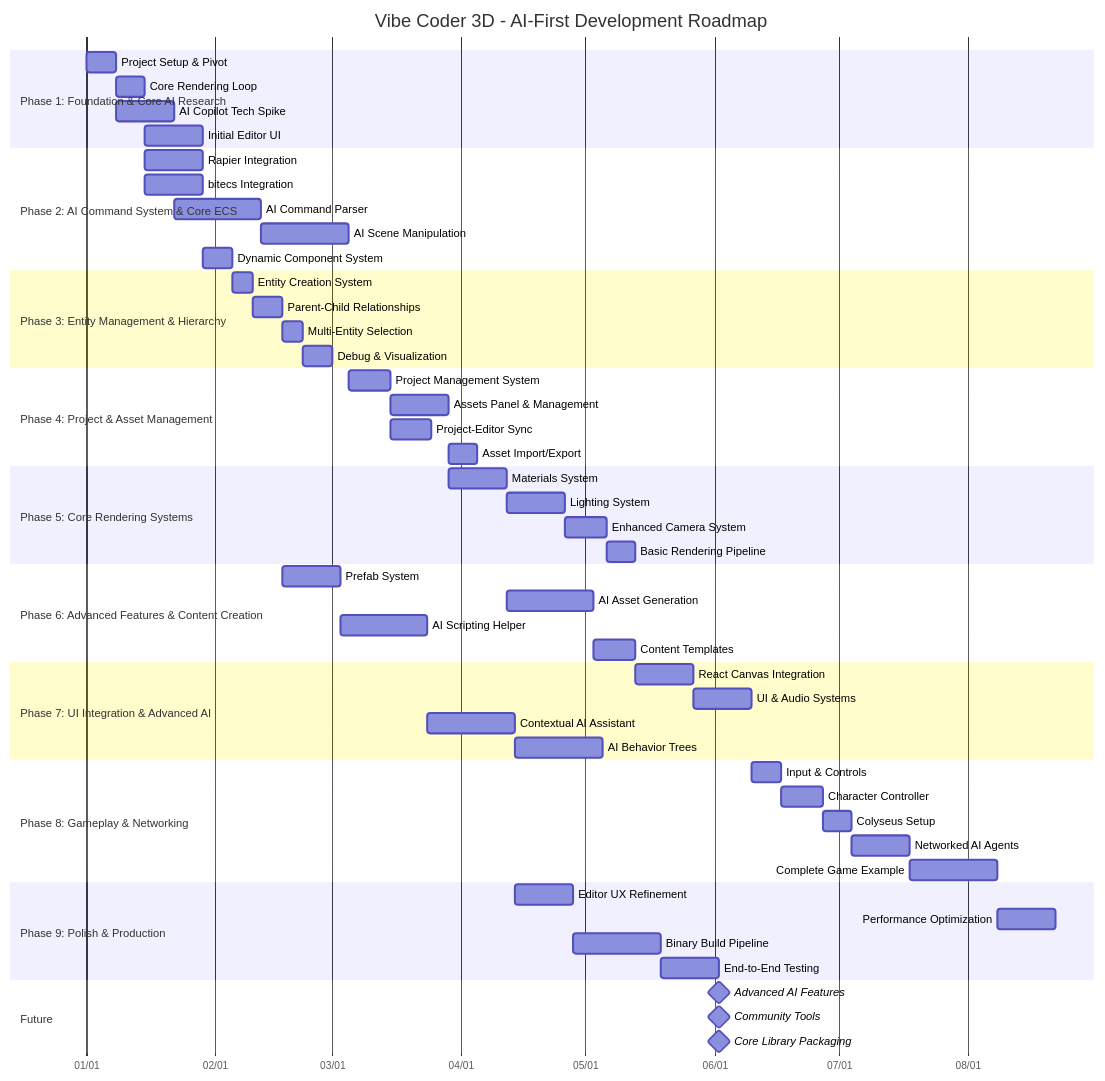
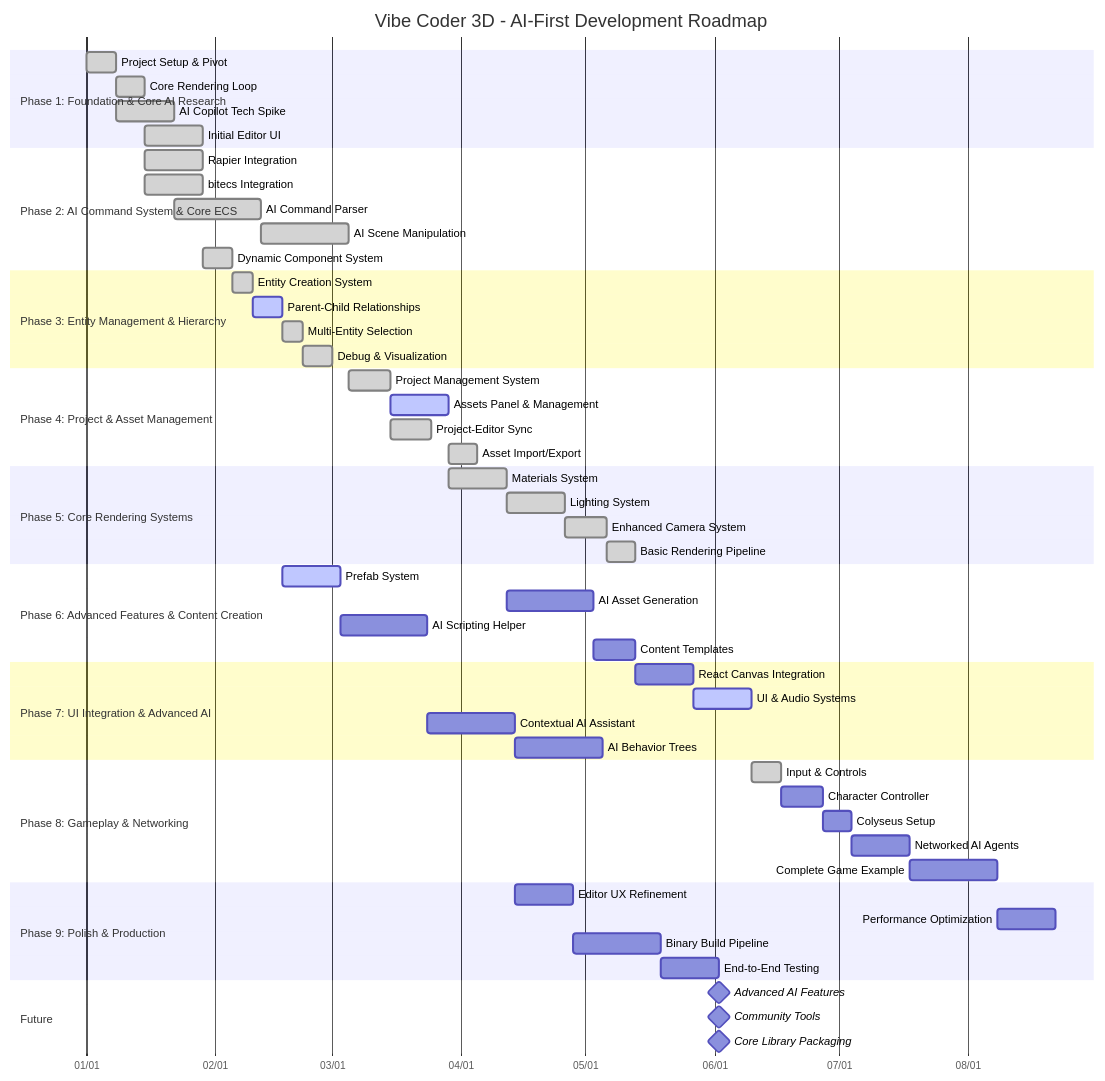
One commit to jonit-dev/vibe-coder-3d changed the diagram in docs/overview/1-3-roadmap.md. Above: the diagram before and after it, drawn with Mermaid. The commit also changed other lines of this file and 14 other files, not shown here.

````diff
--- a/docs/overview/1-3-roadmap.md
+++ b/docs/overview/1-3-roadmap.md
@@ -19,67 +19,67 @@
 ```mermaid
 gantt
     title Vibe Coder 3D - AI-First Development Roadmap
     dateFormat  YYYY-MM-DD
     axisFormat %m/%d
 
     section Phase 1: Foundation & Core AI Research
-    Project Setup & Pivot    :p1_setup, 2023-01-01, 7d
-    Core Rendering Loop      :p1_render, after p1_setup, 7d
-    AI Copilot Tech Spike    :p1_ai_spike, after p1_setup, 14d
-    Initial Editor UI        :p1_editor_ui, after p1_render, 14d
+    Project Setup & Pivot    :done, p1_setup, 2023-01-01, 7d
+    Core Rendering Loop      :done, p1_render, after p1_setup, 7d
+    AI Copilot Tech Spike    :done, p1_ai_spike, after p1_setup, 14d
+    Initial Editor UI        :done, p1_editor_ui, after p1_render, 14d
 
     section Phase 2: AI Command System & Core ECS
-    Rapier Integration       :p2_physics, after p1_render, 14d
-    bitecs Integration       :p2_ecs, after p1_render, 14d
-    AI Command Parser        :p2_ai_parser, after p1_ai_spike, 21d
-    AI Scene Manipulation    :p2_ai_scene, after p2_ai_parser, 21d
-    Dynamic Component System :p2_dynamic_ecs, after p2_ecs, 7d
+    Rapier Integration       :done, p2_physics, after p1_render, 14d
+    bitecs Integration       :done, p2_ecs, after p1_render, 14d
+    AI Command Parser        :done, p2_ai_parser, after p1_ai_spike, 21d
+    AI Scene Manipulation    :done, p2_ai_scene, after p2_ai_parser, 21d
+    Dynamic Component System :done, p2_dynamic_ecs, after p2_ecs, 7d
 
     section Phase 3: Entity Management & Hierarchy
-    Entity Creation System   :p3_entities, after p2_dynamic_ecs, 5d
-    Parent-Child Relationships :p3_hierarchy, after p3_entities, 7d
-    Multi-Entity Selection   :p3_selection, after p3_hierarchy, 5d
-    Debug & Visualization    :p3_debug, after p3_selection, 7d
+    Entity Creation System   :done, p3_entities, after p2_dynamic_ecs, 5d
+    Parent-Child Relationships :active, p3_hierarchy, after p3_entities, 7d
+    Multi-Entity Selection   :done, p3_selection, after p3_hierarchy, 5d
+    Debug & Visualization    :done, p3_debug, after p3_selection, 7d
 
     section Phase 4: Project & Asset Management
-    Project Management System :p4_project, after p2_ai_scene, 10d
-    Assets Panel & Management :p4_assets_panel, after p4_project, 14d
-    Project-Editor Sync      :p4_sync, after p4_project, 10d
-    Asset Import/Export      :p4_asset_io, after p4_assets_panel, 7d
+    Project Management System :done, p4_project, after p2_ai_scene, 10d
+    Assets Panel & Management :active, p4_assets_panel, after p4_project, 14d
+    Project-Editor Sync      :done, p4_sync, after p4_project, 10d
+    Asset Import/Export      :done, p4_asset_io, after p4_assets_panel, 7d
 
     section Phase 5: Core Rendering Systems
-    Materials System         :p5_materials, after p4_assets_panel, 14d
-    Lighting System          :p5_lighting, after p5_materials, 14d
-    Enhanced Camera System   :p5_camera, after p5_lighting, 10d
-    Basic Rendering Pipeline :p5_rendering, after p5_camera, 7d
+    Materials System         :done, p5_materials, after p4_assets_panel, 14d
+    Lighting System          :done, p5_lighting, after p5_materials, 14d
+    Enhanced Camera System   :done, p5_camera, after p5_lighting, 10d
+    Basic Rendering Pipeline :done, p5_rendering, after p5_camera, 7d
 
     section Phase 6: Advanced Features & Content Creation
-    Prefab System            :p6_prefabs, after p3_hierarchy, 14d
+    Prefab System            :active, p6_prefabs, after p3_hierarchy, 14d
     AI Asset Generation      :p6_ai_assets, after p5_materials, 21d
     AI Scripting Helper      :p6_ai_script, after p6_prefabs, 21d
     Content Templates        :p6_templates, after p6_ai_assets, 10d
 
     section Phase 7: UI Integration & Advanced AI
     React Canvas Integration :p7_react_canvas, after p5_rendering, 14d
-    UI & Audio Systems       :p7_ui_audio, after p7_react_canvas, 14d
+    UI & Audio Systems       :active, p7_ui_audio, after p7_react_canvas, 14d
     Contextual AI Assistant  :p7_context_ai, after p6_ai_script, 21d
     AI Behavior Trees        :p7_ai_behavior, after p7_context_ai, 21d
 
     section Phase 8: Gameplay & Networking
-    Input & Controls         :p8_input, after p7_ui_audio, 7d
+    Input & Controls         :done, p8_input, after p7_ui_audio, 7d
     Character Controller     :p8_controller, after p8_input, 10d
     Colyseus Setup           :p8_colyseus, after p8_controller, 7d
     Networked AI Agents      :p8_network_ai, after p8_colyseus, 14d
     Complete Game Example    :p8_game, after p8_network_ai, 21d
 
     section Phase 9: Polish & Production
     Editor UX Refinement     :p9_editor_ux, after p7_context_ai, 14d
     Performance Optimization :p9_performance, after p8_game, 14d
     Binary Build Pipeline    :p9_build, after p9_editor_ux, 21d
     End-to-End Testing       :p9_e2e_test, after p9_build, 14d
 
     section Future
     Advanced AI Features     :milestone, after p9_e2e_test, 0d
     Community Tools          :milestone, after p9_e2e_test, 0d
     Core Library Packaging   :milestone, after p9_e2e_test, 0d
 ```
````
